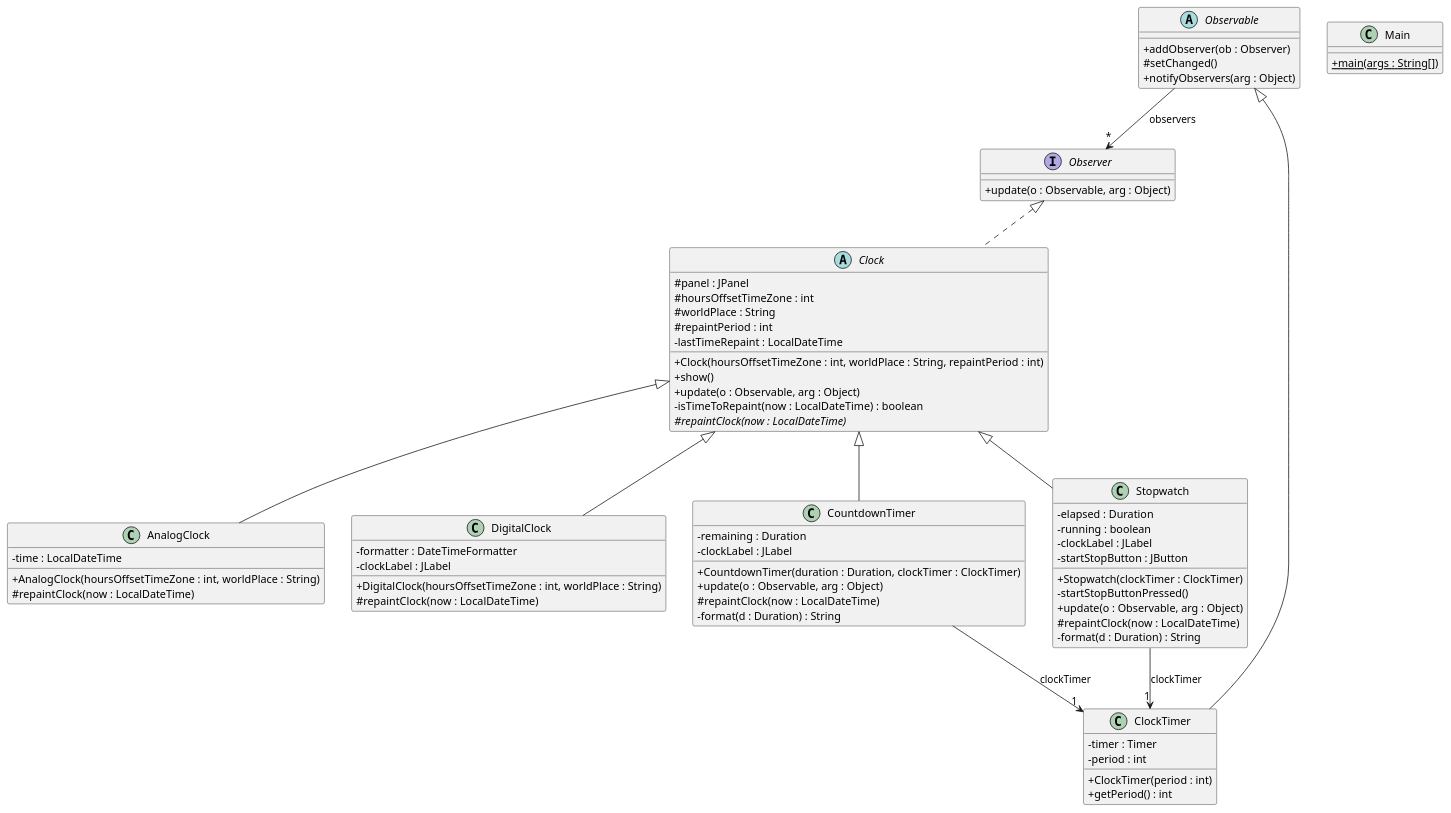
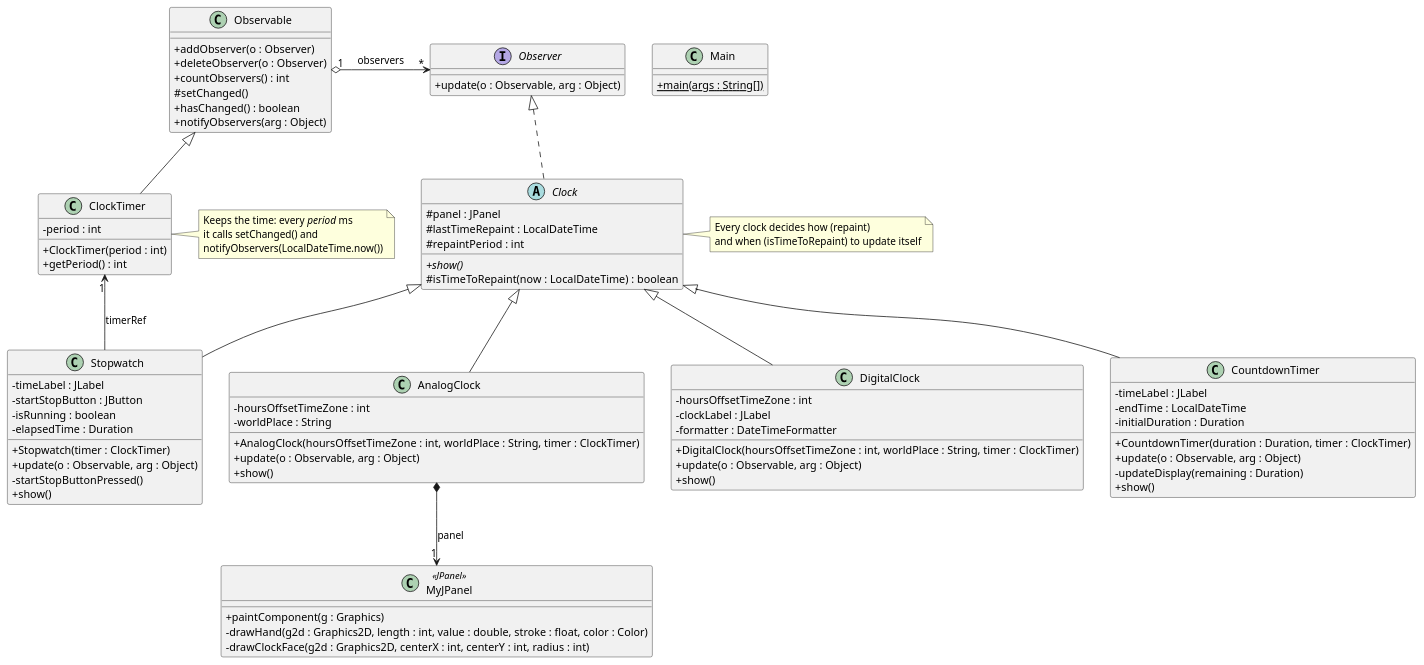
Before and after one commit to marinamceb/PAULDS_Grup24: the diagram in P4-Clocks/clocks.puml, drawn with PlantUML. The commit also changed 35 other files, not shown here.

```diff
--- a/P4-Clocks/clocks.puml
+++ b/P4-Clocks/clocks.puml
@@ -1,75 +1,106 @@
-@startuml
+@startuml clocks
 skinparam classAttributeIconSize 0
+skinparam shadowing false
 
-abstract class Observable {
-  +addObserver(ob : Observer)
+' ---- java.util (observer pattern) ----
+class Observable {
+  +addObserver(o : Observer)
+  +deleteObserver(o : Observer)
+  +countObservers() : int
   #setChanged()
+  +hasChanged() : boolean
   +notifyObservers(arg : Object)
 }
 
 interface Observer {
   +update(o : Observable, arg : Object)
 }
 
-class ClockTimer extends Observable {
-  -timer : Timer
+' ---- our classes ----
+class ClockTimer {
   -period : int
   +ClockTimer(period : int)
   +getPeriod() : int
 }
 
-abstract class Clock implements Observer {
+abstract class Clock {
   #panel : JPanel
-  #hoursOffsetTimeZone : int
-  #worldPlace : String
+  #lastTimeRepaint : LocalDateTime
   #repaintPeriod : int
-  -lastTimeRepaint : LocalDateTime
-  +Clock(hoursOffsetTimeZone : int, worldPlace : String, repaintPeriod : int)
-  +show()
-  +update(o : Observable, arg : Object)
-  -isTimeToRepaint(now : LocalDateTime) : boolean
-  {abstract} #repaintClock(now : LocalDateTime)
+  +{abstract} show()
+  #isTimeToRepaint(now : LocalDateTime) : boolean
 }
 
-class AnalogClock extends Clock {
-  -time : LocalDateTime
-  +AnalogClock(hoursOffsetTimeZone : int, worldPlace : String)
-  #repaintClock(now : LocalDateTime)
+class AnalogClock {
+  -hoursOffsetTimeZone : int
+  -worldPlace : String
+  +AnalogClock(hoursOffsetTimeZone : int, worldPlace : String, timer : ClockTimer)
+  +update(o : Observable, arg : Object)
+  +show()
 }
 
-class DigitalClock extends Clock {
-  -formatter : DateTimeFormatter
-  -clockLabel : JLabel
-  +DigitalClock(hoursOffsetTimeZone : int, worldPlace : String)
-  #repaintClock(now : LocalDateTime)
+class MyJPanel <<JPanel>> {
+  +paintComponent(g : Graphics)
+  -drawHand(g2d : Graphics2D, length : int, value : double, stroke : float, color : Color)
+  -drawClockFace(g2d : Graphics2D, centerX : int, centerY : int, radius : int)
 }
 
-class CountdownTimer extends Clock {
-  -remaining : Duration
+class DigitalClock {
+  -hoursOffsetTimeZone : int
   -clockLabel : JLabel
-  +CountdownTimer(duration : Duration, clockTimer : ClockTimer)
+  -formatter : DateTimeFormatter
+  +DigitalClock(hoursOffsetTimeZone : int, worldPlace : String, timer : ClockTimer)
   +update(o : Observable, arg : Object)
-  #repaintClock(now : LocalDateTime)
-  -format(d : Duration) : String
+  +show()
 }
 
-class Stopwatch extends Clock {
-  -elapsed : Duration
-  -running : boolean
-  -clockLabel : JLabel
+class CountdownTimer {
+  -timeLabel : JLabel
+  -endTime : LocalDateTime
+  -initialDuration : Duration
+  +CountdownTimer(duration : Duration, timer : ClockTimer)
+  +update(o : Observable, arg : Object)
+  -updateDisplay(remaining : Duration)
+  +show()
+}
+
+class Stopwatch {
+  -timeLabel : JLabel
   -startStopButton : JButton
-  +Stopwatch(clockTimer : ClockTimer)
+  -isRunning : boolean
+  -elapsedTime : Duration
+  +Stopwatch(timer : ClockTimer)
+  +update(o : Observable, arg : Object)
   -startStopButtonPressed()
-  +update(o : Observable, arg : Object)
-  #repaintClock(now : LocalDateTime)
-  -format(d : Duration) : String
+  +show()
 }
 
 class Main {
-  {static} +main(args : String[])
+  +{static} main(args : String[])
 }
 
-Observable --> "*" Observer : observers
-CountdownTimer --> "1" ClockTimer : clockTimer
-Stopwatch --> "1" ClockTimer : clockTimer
+' ---- relationships ----
+Observable <|-down- ClockTimer
+Observer <|.down. Clock
+Observable "1" o-right-> "*" Observer : observers
+
+Clock <|-down- AnalogClock
+Clock <|-down- DigitalClock
+Clock <|-down- CountdownTimer
+Clock <|-down- Stopwatch
+
+AnalogClock *-down-> "1" MyJPanel : panel
+Stopwatch -left-> "1" ClockTimer : timerRef
+
+note right of ClockTimer
+  Keeps the time: every <i>period</i> ms
+  it calls setChanged() and
+  notifyObservers(LocalDateTime.now())
+end note
+
+note right of Clock
+  Every clock decides how (repaint)
+  and when (isTimeToRepaint) to update itself
+end note
+
 @enduml
```
